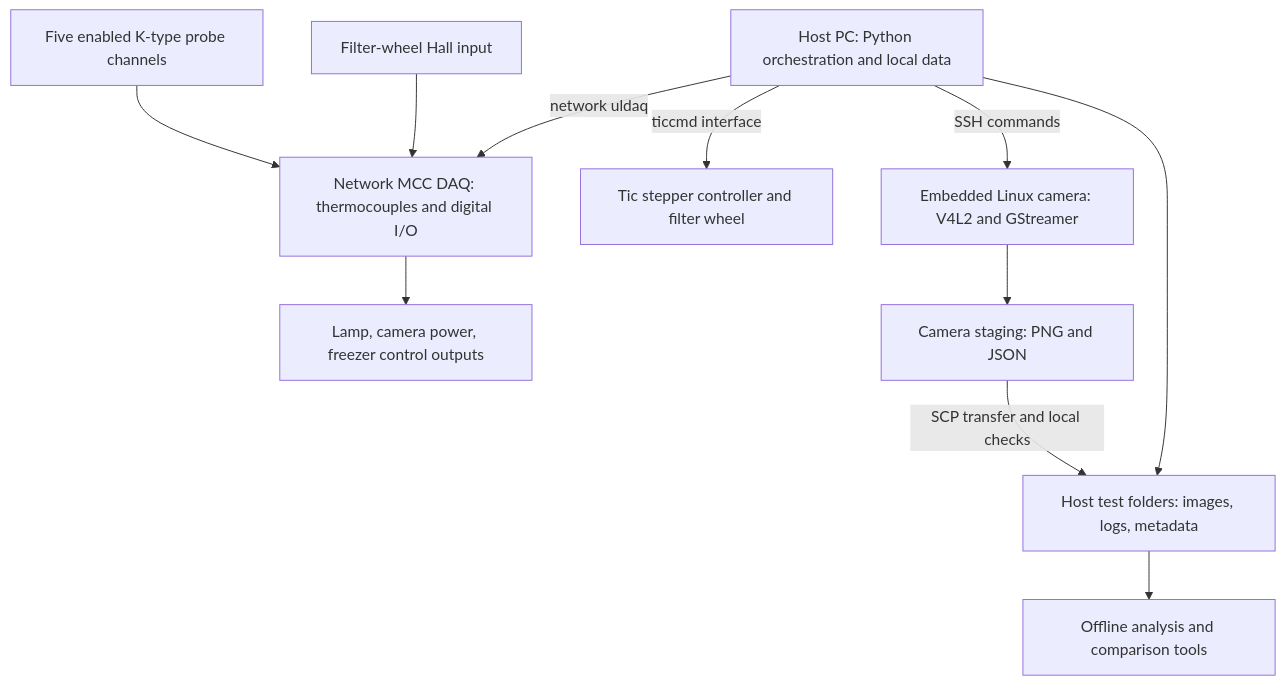
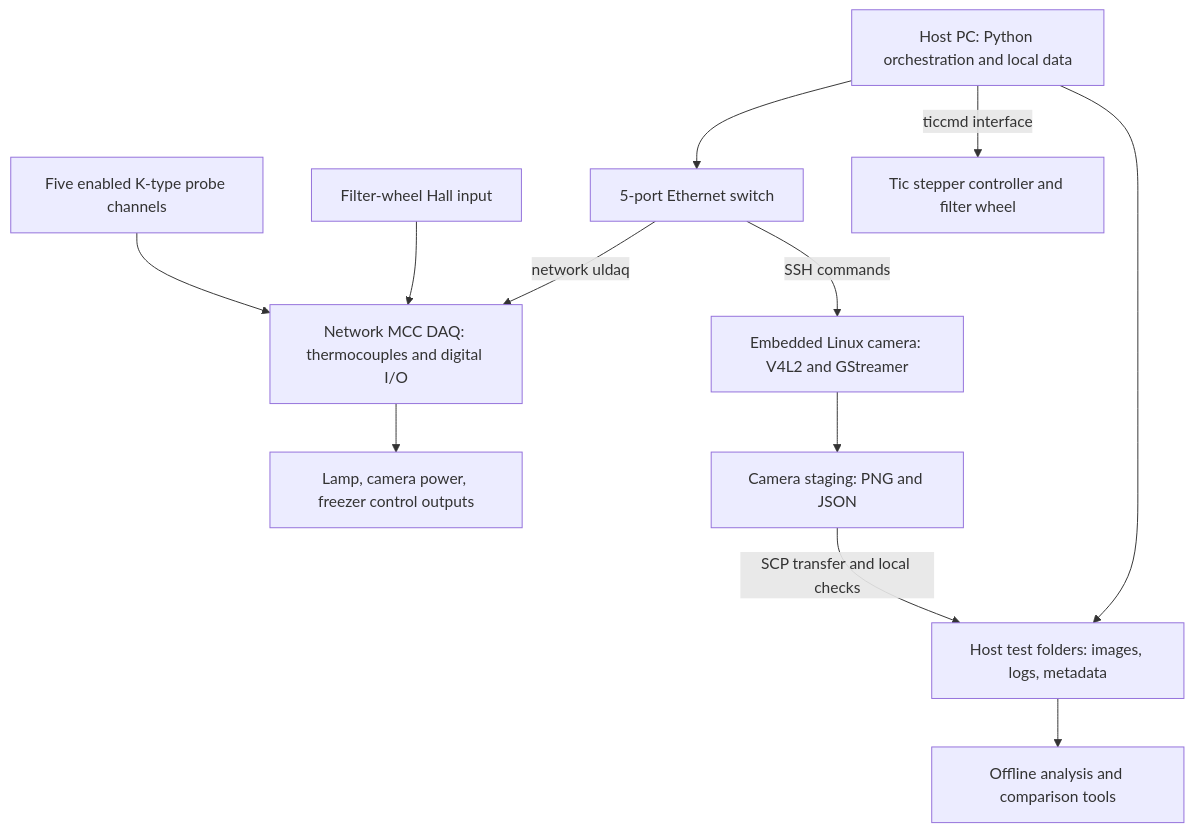
One commit to JcpeNewtec/FreezerTest changed the diagram in knowledge_base/01-purpose-and-system-overview.md. Above: the diagram before and after it, drawn with Mermaid. The commit also changed other lines of this file and 31 other files, not shown here.

````diff
--- a/knowledge_base/01-purpose-and-system-overview.md
+++ b/knowledge_base/01-purpose-and-system-overview.md
@@ -17,23 +19,25 @@
 ```mermaid
 flowchart TD
     PC[Host PC: Python orchestration and local data]
     DAQ[Network MCC DAQ: thermocouples and digital I/O]
     TC[Five enabled K-type probe channels]
     HALL[Filter-wheel Hall input]
     RELAYS[Lamp, camera power, freezer control outputs]
     TIC[Tic stepper controller and filter wheel]
     CAM[Embedded Linux camera: V4L2 and GStreamer]
     FILES[Camera staging: PNG and JSON]
     LOCAL[Host test folders: images, logs, metadata]
     ANALYSIS[Offline analysis and comparison tools]
-    PC -->|network uldaq| DAQ
+    NET[5-port Ethernet switch]
+    PC --> NET
+    NET -->|network uldaq| DAQ
     TC --> DAQ
     HALL --> DAQ
     DAQ --> RELAYS
     PC -->|ticcmd interface| TIC
-    PC -->|SSH commands| CAM
+    NET -->|SSH commands| CAM
     CAM --> FILES
     FILES -->|SCP transfer and local checks| LOCAL
     PC --> LOCAL
     LOCAL --> ANALYSIS
 ```
````
